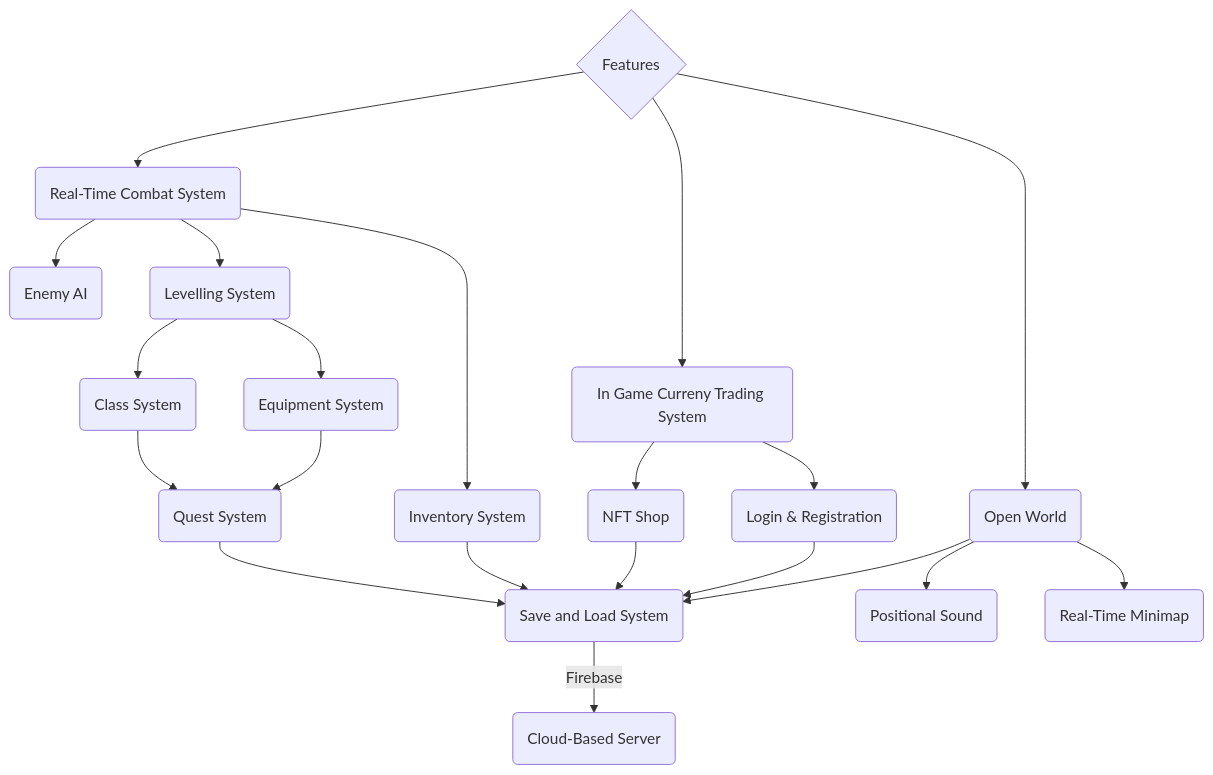
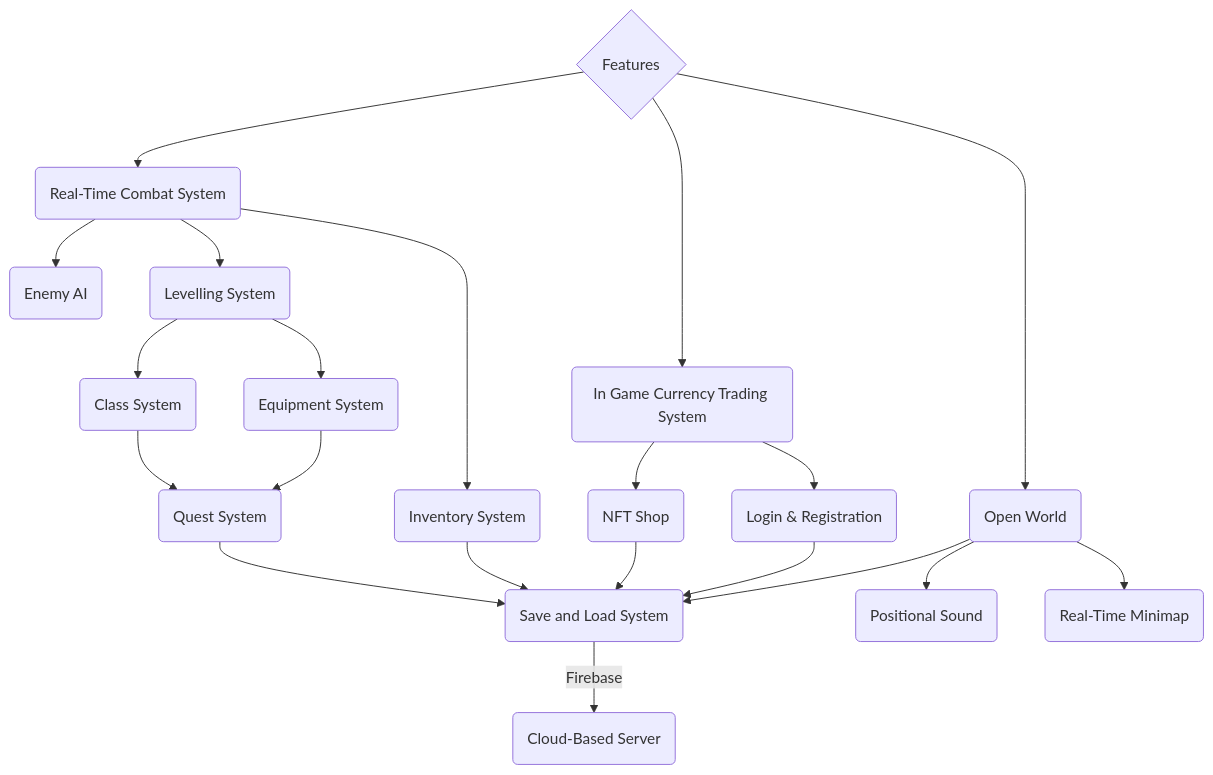
One commit to onepersonhere/JavaBean changed the diagram in Readme.md. Above: the diagram before and after it, drawn with Mermaid.

````diff
--- a/Readme.md
+++ b/Readme.md
@@ -50,23 +50,23 @@
 ```mermaid
 flowchart TD;
 	A{Features} --> B(Real-Time Combat System)
 	B --> C(Enemy AI)
 	B --> D(Levelling System)
 	D --> E(Class System)
 	D --> F(Equipment System)
 	B --> G(Inventory System)
 	E --> H(Quest System)
 	F --> H
-	A --> I(In Game Curreny Trading System)
+	A --> I(In Game Currency Trading System)
 	I --> J(NFT Shop)
 	I --> K(Login & Registration)
 	H --> L(Save and Load System)
 	G --> L
 	J --> L
 	K --> L
 	A --> M(Open World)
 	M --> N(Positional Sound)
 	M --> O(Real-Time Minimap)
 	M --> L
 	L -->|Firebase| P(Cloud-Based Server)
 ```
````
